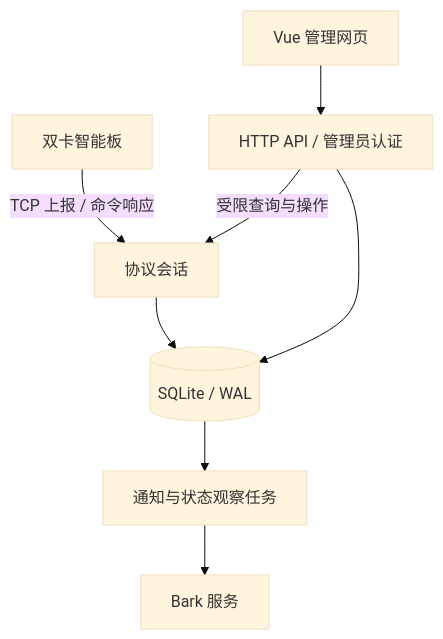
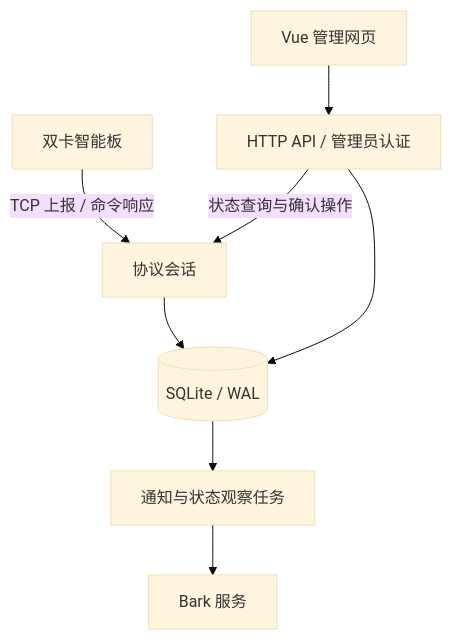
Before and after one commit to Battery233/sim-harbor: the diagram in docs/architecture.md, drawn with Mermaid (base theme). The commit also changed other lines of this file and 115 other files, not shown here.

````diff
--- a/docs/architecture.md
+++ b/docs/architecture.md
@@ -5,10 +5,10 @@
 ```mermaid
 flowchart TB
     Board[双卡智能板] -->|TCP 上报 / 命令响应| TCP[协议会话]
     TCP --> Store[(SQLite / WAL)]
     Web[Vue 管理网页] --> API[HTTP API / 管理员认证]
     API --> Store
-    API -->|受限查询与操作| TCP
+    API -->|状态查询与确认操作| TCP
     Store --> Worker[通知与状态观察任务]
     Worker --> Bark[Bark 服务]
 ```
````
